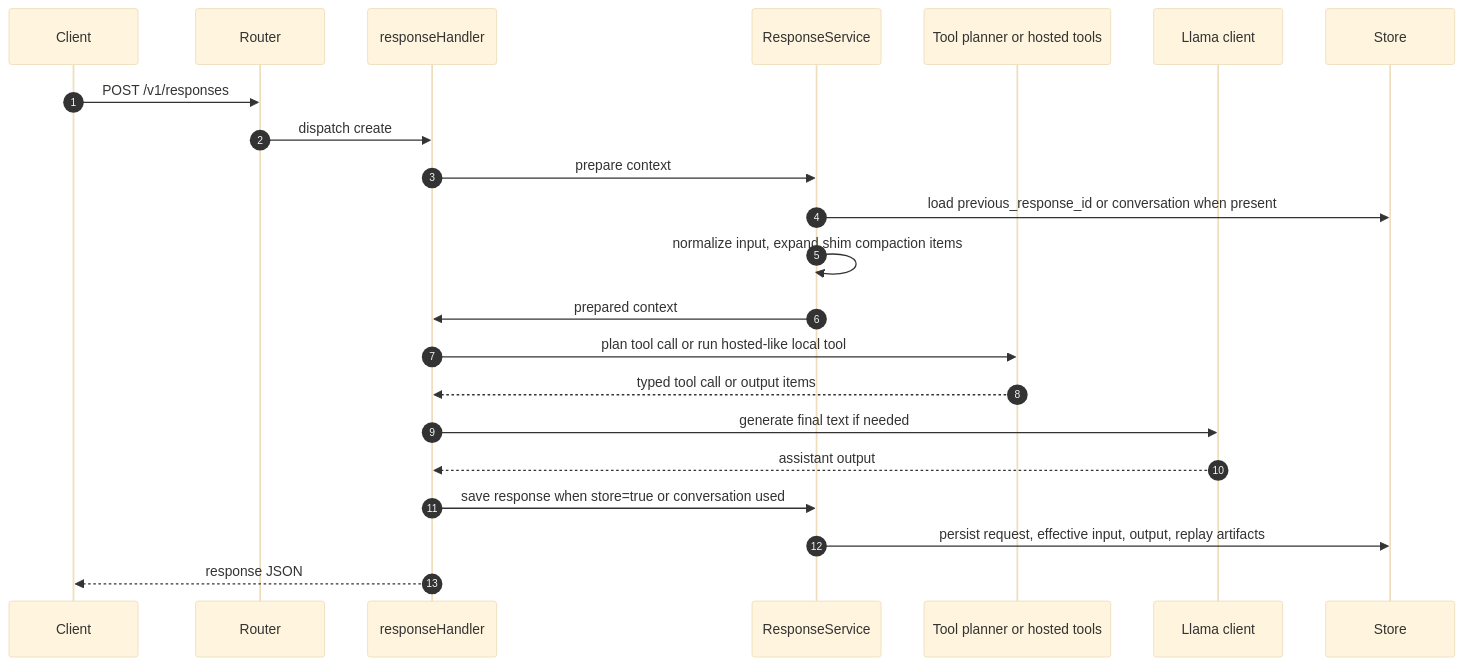
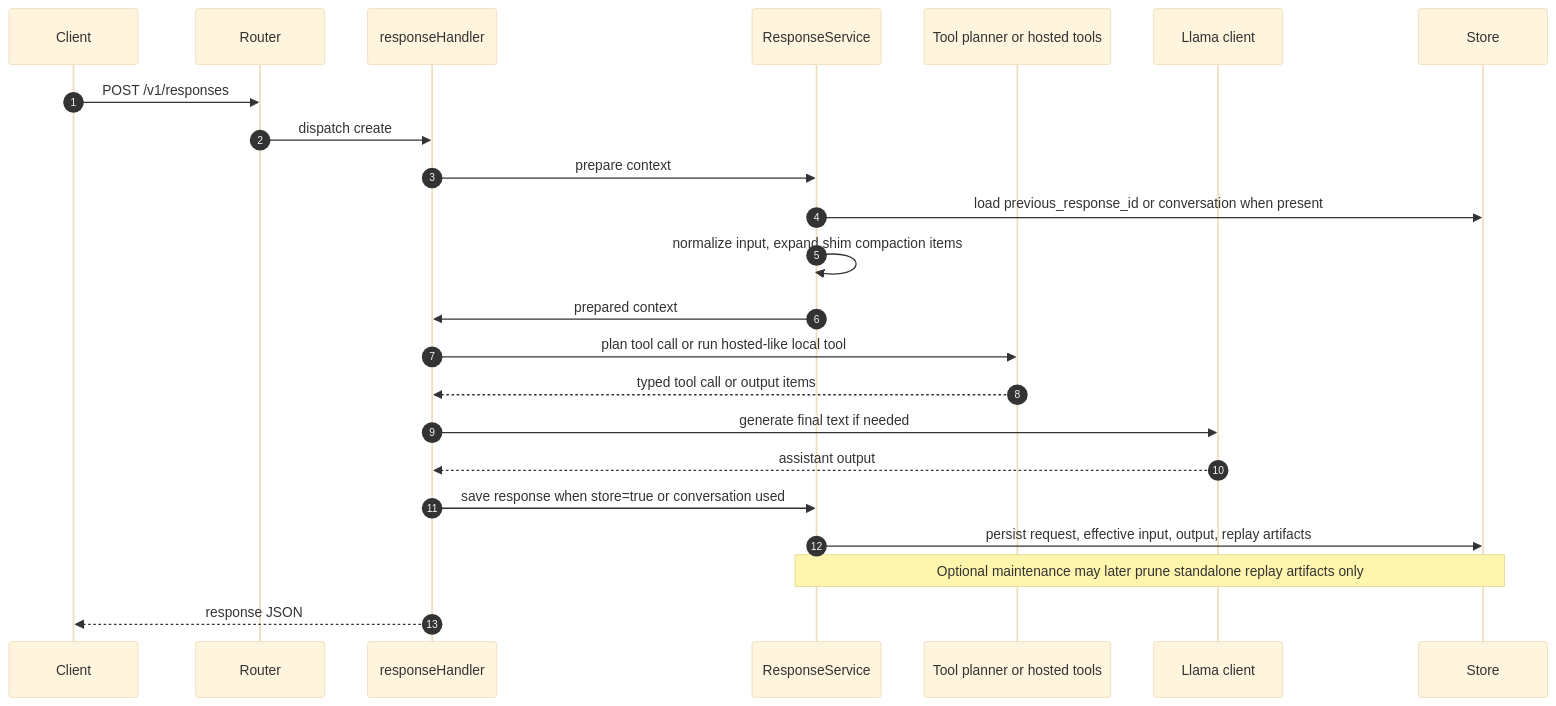
The fifth of 25 diagrams in docs/engineering/openai-api-choreography-atlas.md (avelrl/llama_shim), drawn with Mermaid (base theme) before and after one commit. The commit also changed other lines of this file and 20 other files, not shown here.

````diff
--- a/docs/engineering/openai-api-choreography-atlas.md
+++ b/docs/engineering/openai-api-choreography-atlas.md
@@ -199,25 +199,26 @@
 ```mermaid
 sequenceDiagram
   autonumber
   participant C as Client
   participant R as Router
   participant H as responseHandler
   participant S as ResponseService
   participant T as Tool planner or hosted tools
   participant L as Llama client
   participant DB as Store
 
   C->>R: POST /v1/responses
   R->>H: dispatch create
   H->>S: prepare context
   S->>DB: load previous_response_id or conversation when present
   S->>S: normalize input, expand shim compaction items
   S->>H: prepared context
   H->>T: plan tool call or run hosted-like local tool
   T-->>H: typed tool call or output items
   H->>L: generate final text if needed
   L-->>H: assistant output
   H->>S: save response when store=true or conversation used
   S->>DB: persist request, effective input, output, replay artifacts
+  Note over S,DB: Optional maintenance may later prune standalone replay artifacts only
   H-->>C: response JSON
 ```
````
